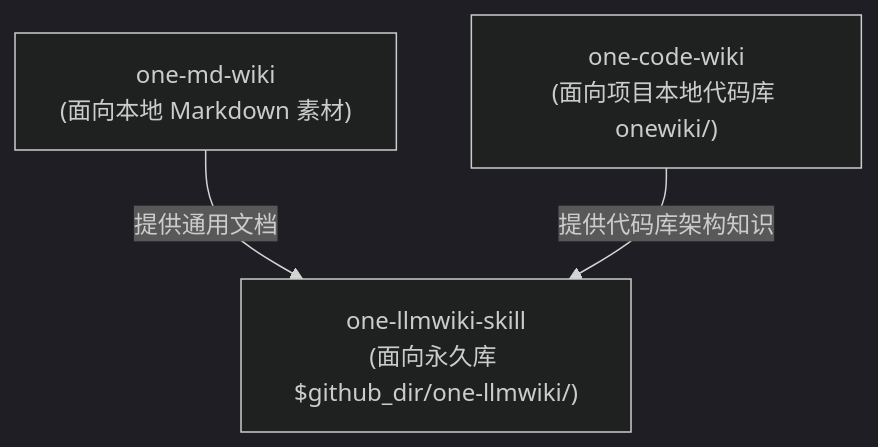
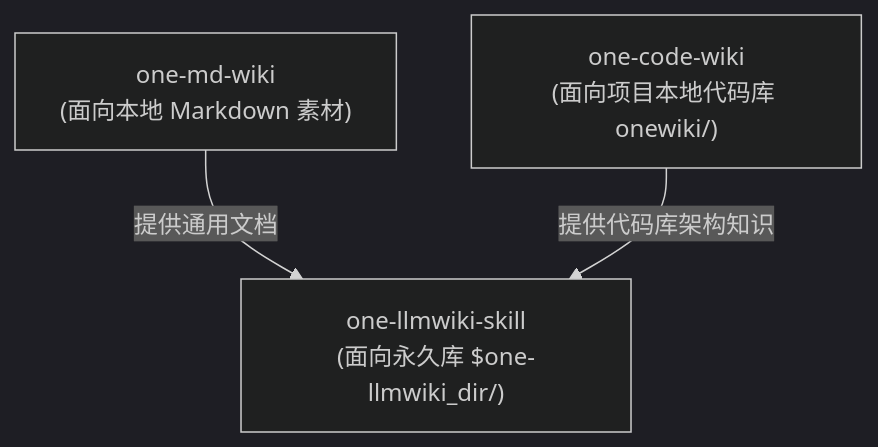
Before and after one commit to wupengbo125/one-skills: the diagram in onewiki/wiki-systems/llm-wiki.md, drawn with Mermaid (dark theme). The commit also changed other lines of this file and 5 other files, not shown here.

````diff
--- a/onewiki/wiki-systems/llm-wiki.md
+++ b/onewiki/wiki-systems/llm-wiki.md
@@ -24,9 +24,9 @@
 ```mermaid
 flowchart TD
-    LLMWiki["one-llmwiki-skill<br/>(面向永久库 $github_dir/one-llmwiki/)"] 
+    LLMWiki["one-llmwiki-skill<br/>(面向永久库 $one-llmwiki_dir/)"] 
     CodeWiki["one-code-wiki<br/>(面向项目本地代码库 onewiki/)"] 
     MDWiki["one-md-wiki<br/>(面向本地 Markdown 素材)"]
 
     MDWiki -->|提供通用文档| LLMWiki
     CodeWiki -->|提供代码库架构知识| LLMWiki
 ```
````
